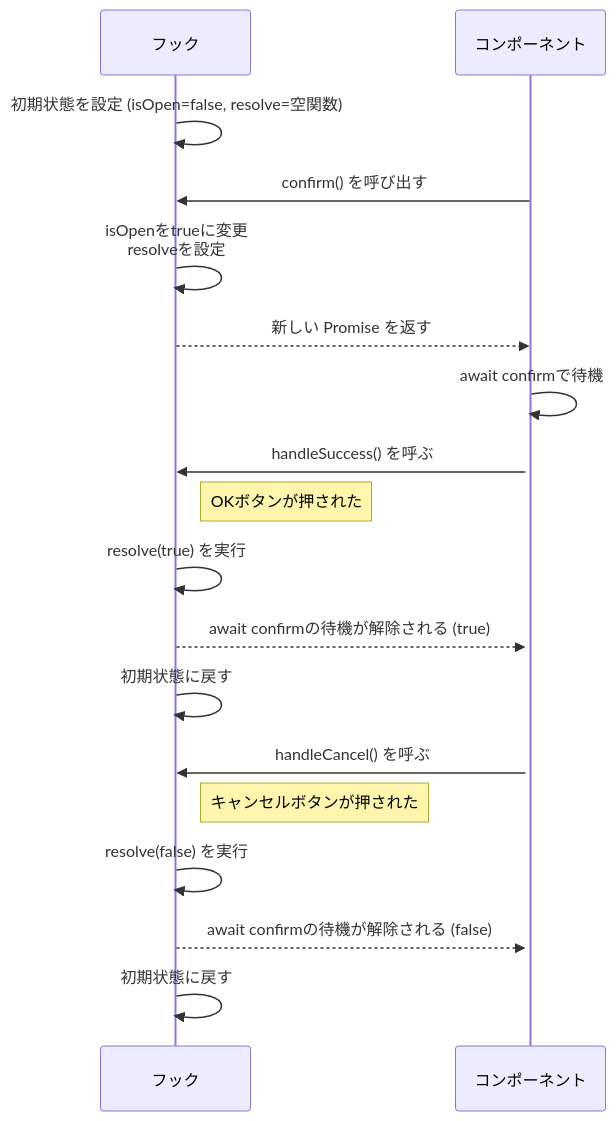
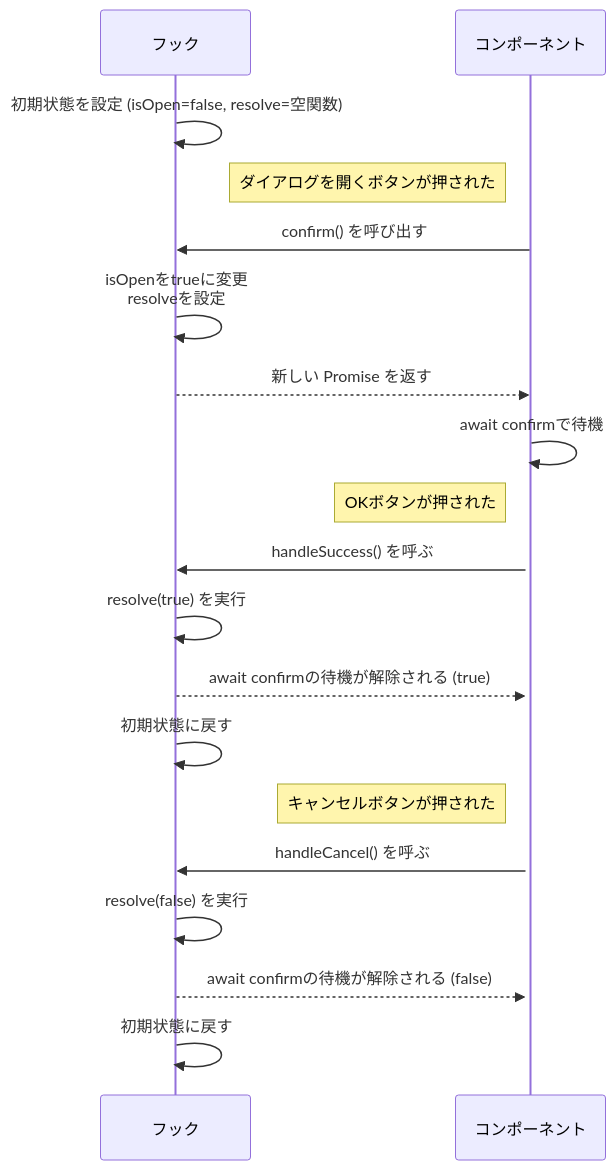
Before and after one commit to bmthd/Zenn: the second of 3 diagrams in articles/react-confirm-dialog.md, drawn with Mermaid.

````diff
--- a/articles/react-confirm-dialog.md
+++ b/articles/react-confirm-dialog.md
@@ -177,20 +177,21 @@
 ```mermaid
 sequenceDiagram
     participant H as フック
     participant C as コンポーネント
     H->>H: 初期状態を設定 (isOpen=false, resolve=空関数)
+    Note left of C: ダイアログを開くボタンが押された
     C->>H: confirm() を呼び出す
     H->>H: isOpenをtrueに変更<br>resolveを設定
     H-->>C: 新しい Promise を返す
     C->>+C: await confirmで待機
+    Note left of C: OKボタンが押された
     C->>H: handleSuccess() を呼ぶ
-    Note right of H: OKボタンが押された
     H->>H: resolve(true) を実行
     H-->>C: await confirmの待機が解除される (true)
     H->>H: 初期状態に戻す
+    Note left of C: キャンセルボタンが押された  
     C->>H: handleCancel() を呼ぶ
-    Note right of H: キャンセルボタンが押された  
     H->>H: resolve(false) を実行
     H-->>C: await confirmの待機が解除される (false)  
     H->>H: 初期状態に戻す
 ```
````
